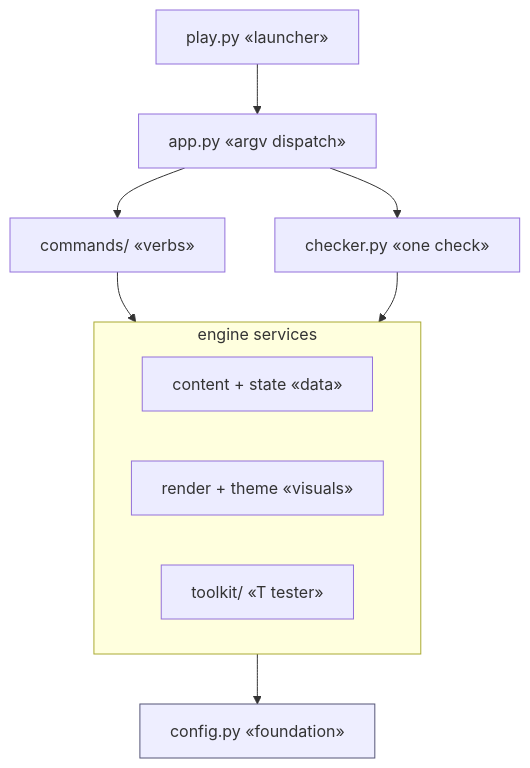
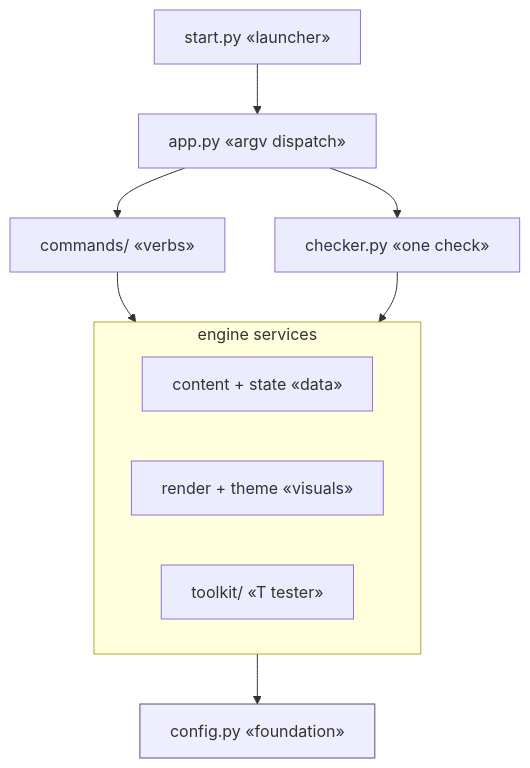
Before and after one commit to N041M/PyQuest: the fourth of 12 diagrams in docs/architecture/README.md, drawn with Mermaid. The commit also changed other lines of this file and 17 other files, not shown here.

First line of the commit message:
Consolidate entry points: start.py is the single launcher + dispatcher

````diff
--- a/docs/architecture/README.md
+++ b/docs/architecture/README.md
@@ -117,20 +117,20 @@
 ```mermaid
 flowchart TB
-    play["play.py «launcher»"] --> app["app.py «argv dispatch»"]
+    play["start.py «launcher»"] --> app["app.py «argv dispatch»"]
     app --> verbs["commands/ «verbs»"]
     app --> checker["checker.py «one check»"]
 
     subgraph services["engine services"]
         direction LR
         data["content + state «data»"]
         vis["render + theme «visuals»"]
         toolkit["toolkit/ «T tester»"]
     end
 
     verbs --> services
     checker --> services
     services --> config["config.py «foundation»"]
 
     classDef base fill:#eef,stroke:#557;
     class config base;
 ```
````
